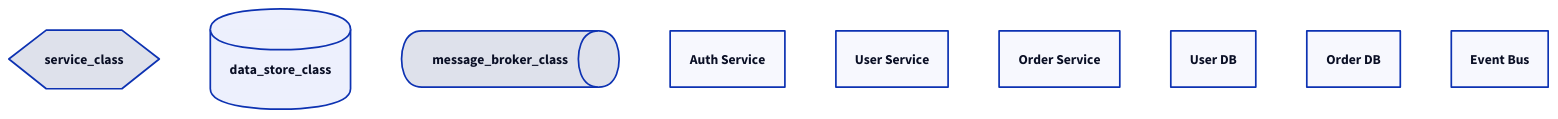
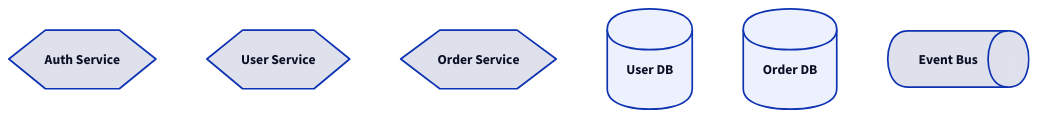
The seventh of 9 diagrams in src/t2d_kit/agents/t2d-d2-generator.md (afterthought/t2d-kit), drawn with D2 before and after one commit. The commit also changed other lines of this file and 2 other files, not shown here.

Commit message:
feat: enhance D2 diagram generator documentation with valid style attributes and usage guidelines; update UserRecipe model for improved diagram request validation

````diff
--- a/src/t2d_kit/agents/t2d-d2-generator.md
+++ b/src/t2d_kit/agents/t2d-d2-generator.md
@@ -289,24 +340,26 @@
 ```d2
-# Define service and infrastructure classes
-service_class: {
-  shape: hexagon
-}
+classes: {
+  # Define service and infrastructure classes
+  service_class: {
+    shape: hexagon
+  }
 
-data_store_class: {
-  shape: cylinder
-}
+  data_store_class: {
+    shape: cylinder
+  }
 
-message_broker_class: {
-  shape: queue
+  message_broker_class: {
+    shape: queue
+  }
 }
 
 # Apply to create consistent architecture
 auth_service: Auth Service { class: service_class }
 user_service: User Service { class: service_class }
 order_service: Order Service { class: service_class }
 
 user_db: User DB { class: data_store_class }
 order_db: Order DB { class: data_store_class }
 
 event_bus: Event Bus { class: message_broker_class }
 ```
````
